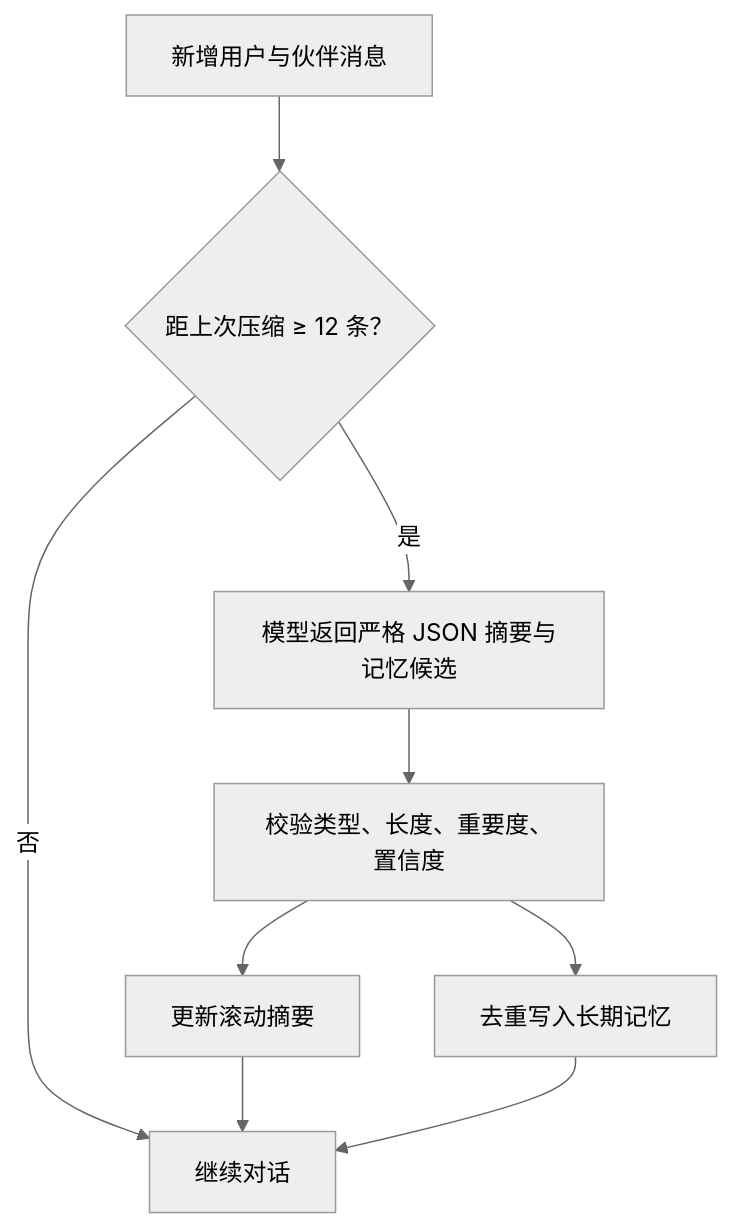
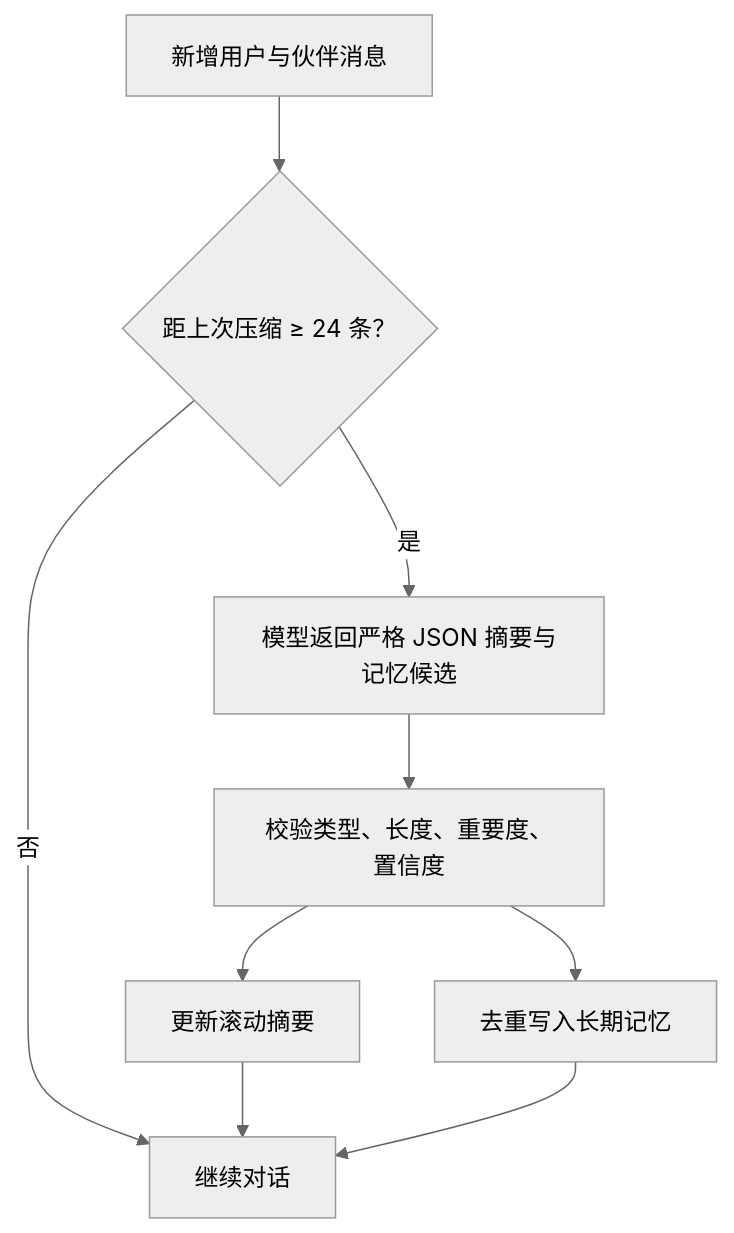
Before and after one commit to 723516108ma513/tomato-v1: the second of 2 diagrams in docs/ARCHITECTURE.md, drawn with Mermaid (neutral theme). The commit also changed other lines of this file and 18 other files, not shown here.

````diff
--- a/docs/ARCHITECTURE.md
+++ b/docs/ARCHITECTURE.md
@@ -66,11 +66,11 @@
 ```mermaid
 flowchart TD
-  New["新增用户与伙伴消息"] --> Count{"距上次压缩 ≥ 12 条？"}
+  New["新增用户与伙伴消息"] --> Count{"距上次压缩 ≥ 24 条？"}
   Count -- 否 --> Done["继续对话"]
   Count -- 是 --> Extract["模型返回严格 JSON 摘要与记忆候选"]
   Extract --> Filter["校验类型、长度、重要度、置信度"]
   Filter --> Summary["更新滚动摘要"]
   Filter --> Memory["去重写入长期记忆"]
   Summary --> Done
   Memory --> Done
 ```
````
